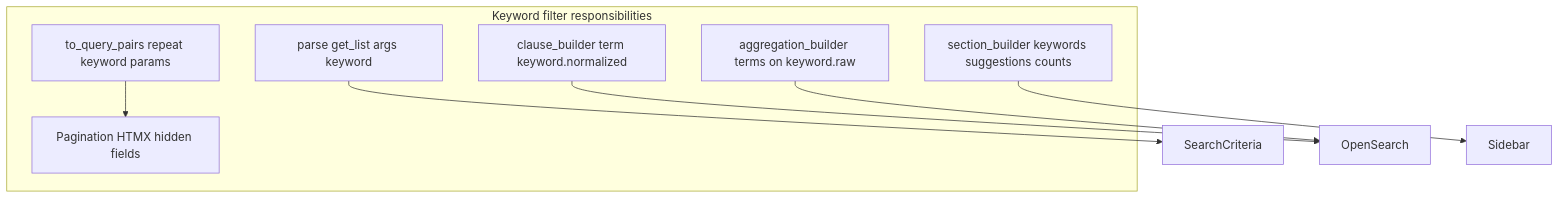
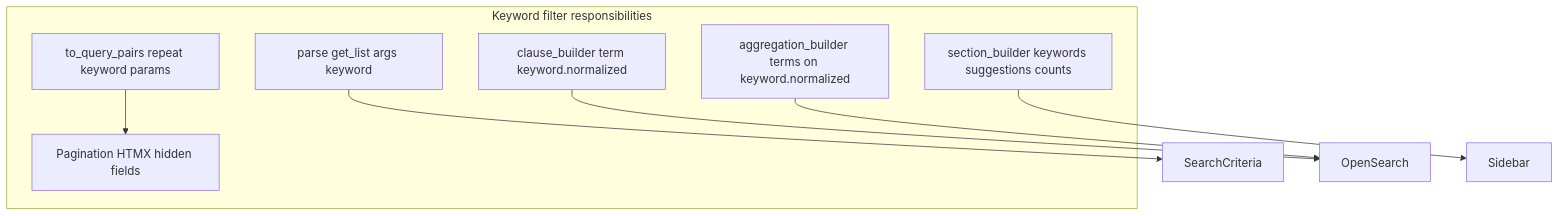
One commit to GSA/datagov-catalog changed the fourth of 7 diagrams in docs/search-filters-walkthrough.md. Above: the diagram before and after it, drawn with Mermaid. The commit also changed 17 other files, not shown here.

````diff
--- a/docs/search-filters-walkthrough.md
+++ b/docs/search-filters-walkthrough.md
@@ -261,17 +261,17 @@
 ```mermaid
 flowchart TB
     subgraph keyword [Keyword filter responsibilities]
         P[parse get_list args keyword]
         C[clause_builder term keyword.normalized]
-        A[aggregation_builder terms on keyword.raw]
+        A[aggregation_builder terms on keyword.normalized]
         S[section_builder keywords suggestions counts]
         U[to_query_pairs repeat keyword params]
         HF[Pagination HTMX hidden fields]
     end
 
     P --> SearchCriteria
     C --> OpenSearch
     A --> OpenSearch
     S --> Sidebar
     U --> HF
 ```
````
